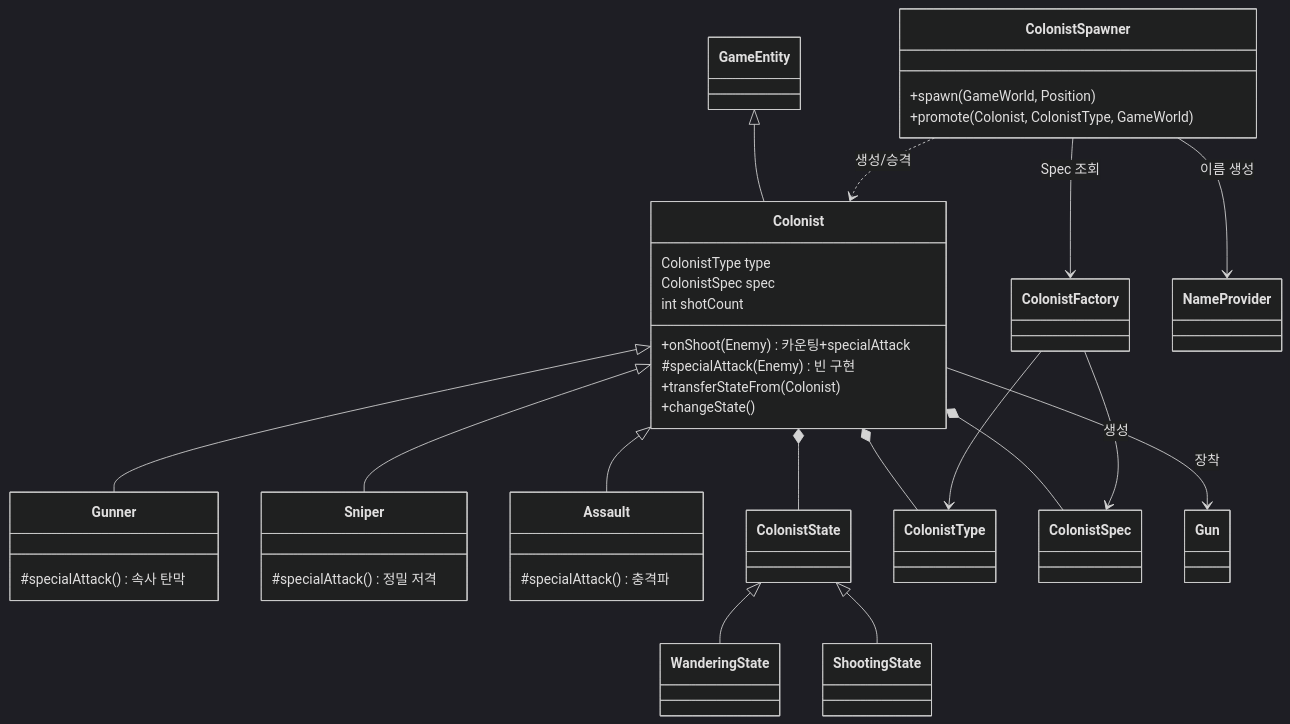
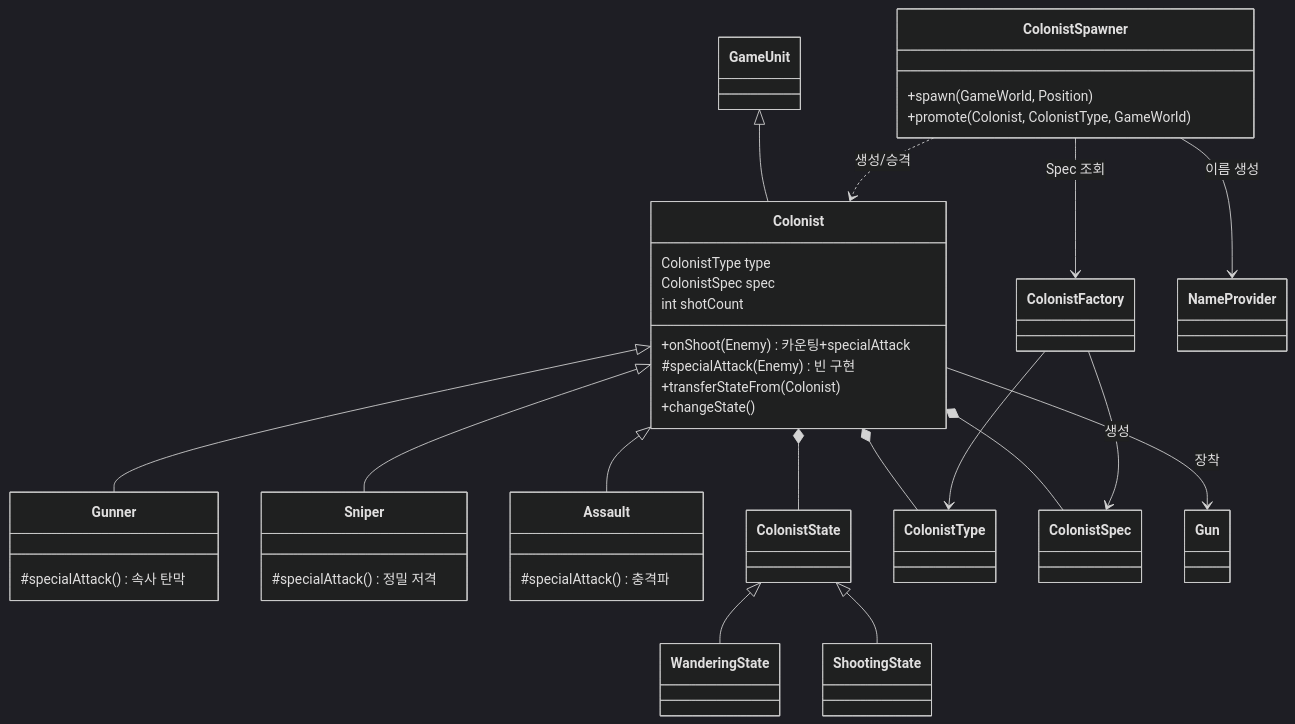
Before and after one commit to weweweme/teamnova_basic_class: the sixth of 18 diagrams in week6/CLAUDE.md, drawn with Mermaid (dark theme). The commit also changed other lines of this file and 3 other files, not shown here.

````diff
--- a/week6/CLAUDE.md
+++ b/week6/CLAUDE.md
@@ -186,44 +196,44 @@
 ```mermaid
 classDiagram
-    GameEntity <|-- Colonist
+    GameUnit <|-- Colonist
     Colonist <|-- Gunner
     Colonist <|-- Sniper
     Colonist <|-- Assault
     ColonistState <|-- WanderingState
     ColonistState <|-- ShootingState
 
     Colonist *-- ColonistType
     Colonist *-- ColonistSpec
     Colonist *-- ColonistState
     Colonist --> Gun : 장착
 
     ColonistFactory --> ColonistType
     ColonistFactory --> ColonistSpec : 생성
 
     ColonistSpawner --> ColonistFactory : Spec 조회
     ColonistSpawner --> NameProvider : 이름 생성
     ColonistSpawner ..> Colonist : 생성/승격
 
     class Colonist {
         ColonistType type
         ColonistSpec spec
         int shotCount
         +onShoot(Enemy) 카운팅+specialAttack
         #specialAttack(Enemy) 빈 구현
         +transferStateFrom(Colonist)
         +changeState()
     }
     class Gunner {
         #specialAttack() 속사 탄막
     }
     class Sniper {
         #specialAttack() 정밀 저격
     }
     class Assault {
         #specialAttack() 충격파
     }
     class ColonistSpawner {
         +spawn(GameWorld, Position)
         +promote(Colonist, ColonistType, GameWorld)
     }
 ```
````
